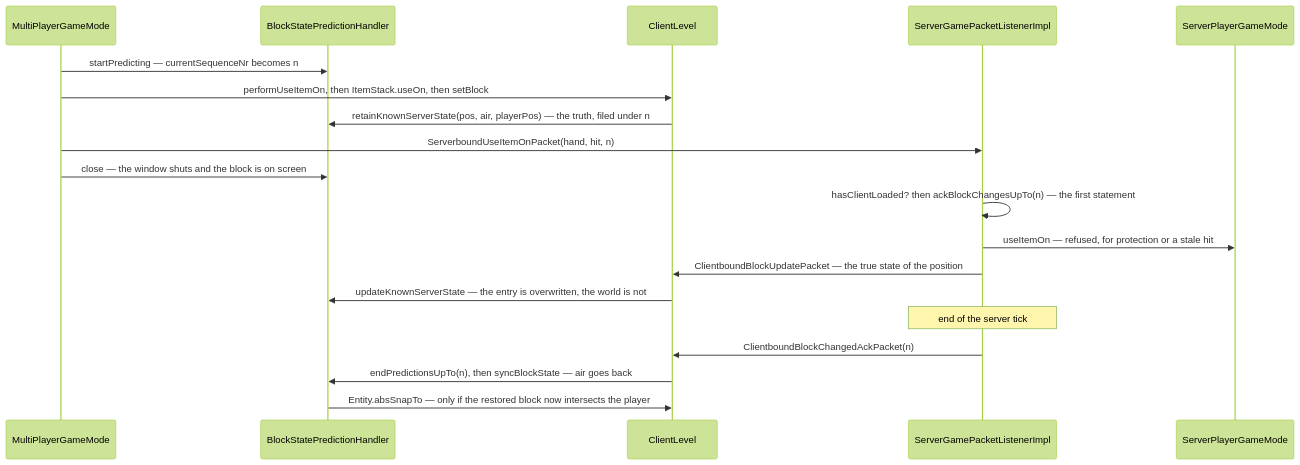
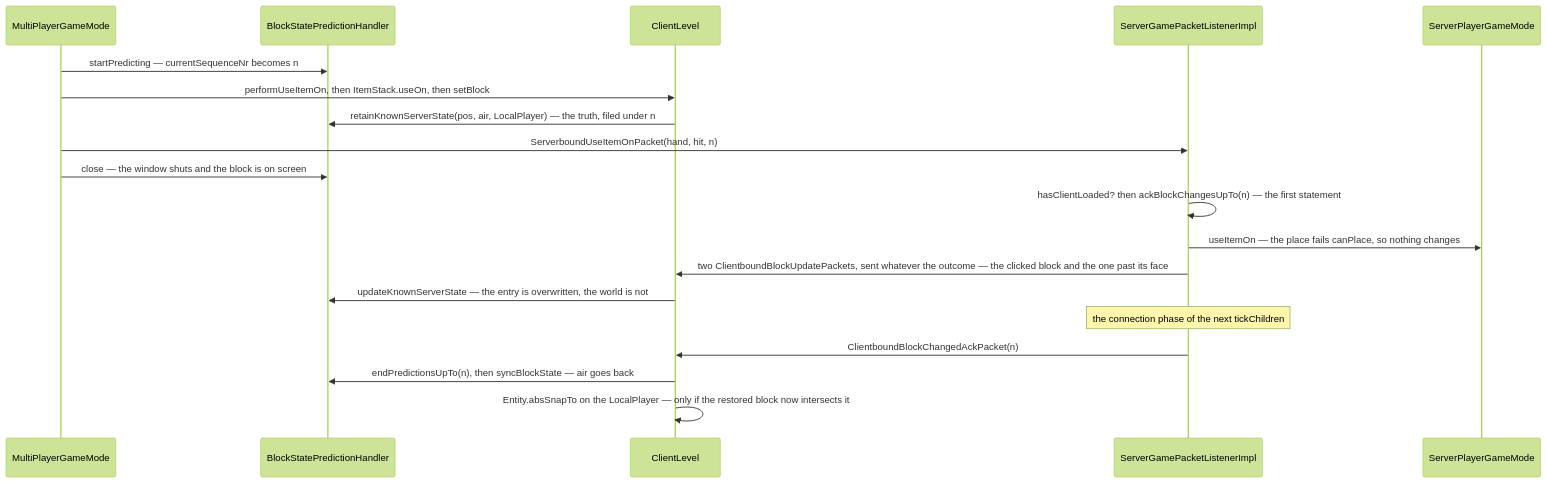
The second of 2 diagrams in src/systems/client/prediction-and-acks.md (AlexanderjFraser/MinecraftDocs), drawn with Mermaid (forest theme) before and after one commit. The commit also changed other lines of this file and 7 other files, not shown here.

````diff
--- a/src/systems/client/prediction-and-acks.md
+++ b/src/systems/client/prediction-and-acks.md
@@ -102,22 +111,22 @@
 ```mermaid
 sequenceDiagram
     participant MPGM as MultiPlayerGameMode
     participant BSPH as BlockStatePredictionHandler
     participant CL as ClientLevel
     participant SGPL as ServerGamePacketListenerImpl
     participant SPGM as ServerPlayerGameMode
 
     MPGM->>BSPH: startPredicting — currentSequenceNr becomes n
     MPGM->>CL: performUseItemOn, then ItemStack.useOn, then setBlock
-    CL->>BSPH: retainKnownServerState(pos, air, playerPos) — the truth, filed under n
+    CL->>BSPH: retainKnownServerState(pos, air, LocalPlayer) — the truth, filed under n
     MPGM->>SGPL: ServerboundUseItemOnPacket(hand, hit, n)
     MPGM->>BSPH: close — the window shuts and the block is on screen
     SGPL->>SGPL: hasClientLoaded? then ackBlockChangesUpTo(n) — the first statement
-    SGPL->>SPGM: useItemOn — refused, for protection or a stale hit
-    SGPL->>CL: ClientboundBlockUpdatePacket — the true state of the position
+    SGPL->>SPGM: useItemOn — the place fails canPlace, so nothing changes
+    SGPL->>CL: two ClientboundBlockUpdatePackets, sent whatever the outcome — the clicked block and the one past its face
     CL->>BSPH: updateKnownServerState — the entry is overwritten, the world is not
-    Note over SGPL: end of the server tick
+    Note over SGPL: the connection phase of the next tickChildren
     SGPL->>CL: ClientboundBlockChangedAckPacket(n)
     CL->>BSPH: endPredictionsUpTo(n), then syncBlockState — air goes back
-    BSPH->>CL: Entity.absSnapTo — only if the restored block now intersects the player
+    CL->>CL: Entity.absSnapTo on the LocalPlayer — only if the restored block now intersects it
 ```
````
